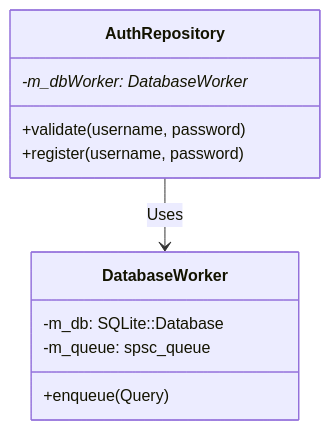
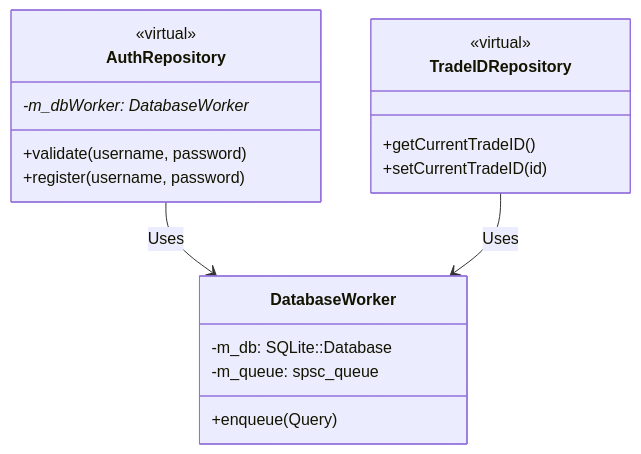
Before and after one commit to SujalChoudhari/BetaTrader: the second of 2 diagrams in exchange/exchange_persistence/README.md, drawn with Mermaid. The commit also changed other lines of this file and 7 other files, not shown here.

````diff
--- a/exchange/exchange_persistence/README.md
+++ b/exchange/exchange_persistence/README.md
@@ -30,16 +30,24 @@
 ```mermaid
 classDiagram
     class DatabaseWorker {
         +enqueue(Query)
         -m_db: SQLite::Database
         -m_queue: spsc_queue
     }
 
     class AuthRepository {
+        <<virtual>>
         +validate(username, password)
         +register(username, password)
         -m_dbWorker: DatabaseWorker*
     }
 
+    class TradeIDRepository {
+        <<virtual>>
+        +getCurrentTradeID()
+        +setCurrentTradeID(id)
+    }
+
     AuthRepository --> DatabaseWorker : Uses
+    TradeIDRepository --> DatabaseWorker : Uses
 ```
````
